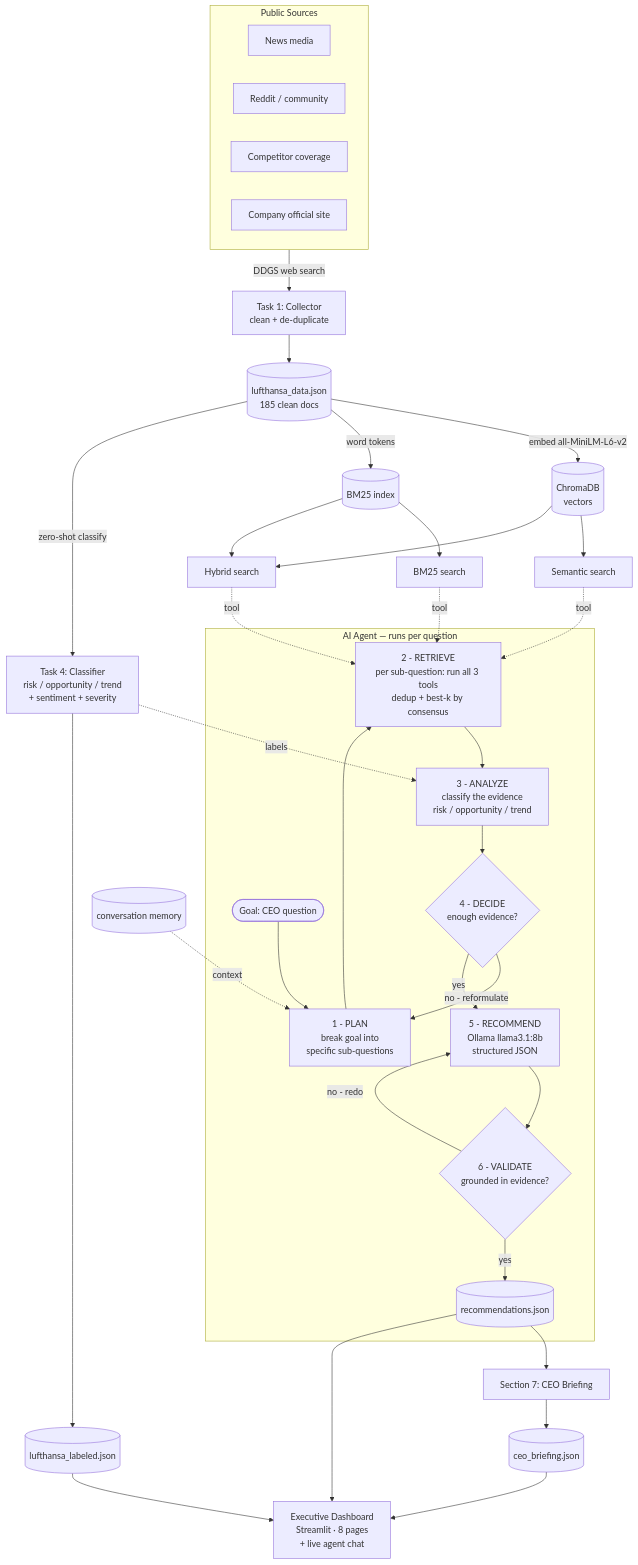
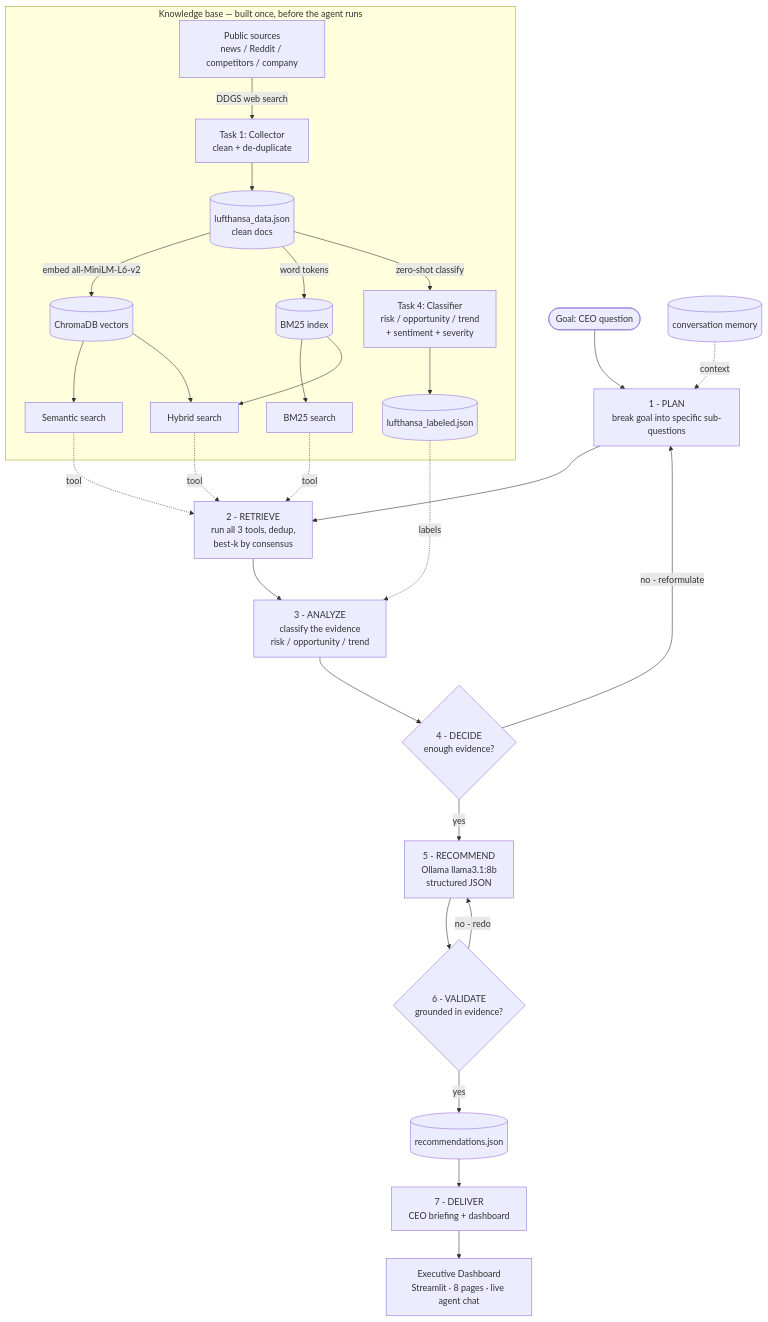
One commit to Nihalpujari/ML_Practice changed the first of 2 diagrams in NLP/NLP Exam/AI CEO Strategic Intelligence Agent/README.md. Above: the diagram before and after it, drawn with Mermaid.

````diff
--- a/NLP/NLP Exam/AI CEO Strategic Intelligence Agent/README.md
+++ b/NLP/NLP Exam/AI CEO Strategic Intelligence Agent/README.md
@@ -109,46 +109,36 @@
 ```mermaid
 flowchart TD
-    subgraph SOURCES[Public Sources]
-        N[News media]
-        R[Reddit / community]
-        CMP[Competitor coverage]
-        CO[Company official site]
+    %% ---- RUN TIME: the agent reads top-to-bottom, in order ----
+    GOAL([Goal: CEO question]) --> PLAN[1 - PLAN<br/>break goal into specific sub-questions]
+    PLAN --> RETR[2 - RETRIEVE<br/>run all 3 tools, dedup,<br/>best-k by consensus]
+    RETR --> ANALYZE[3 - ANALYZE<br/>classify the evidence<br/>risk / opportunity / trend]
+    ANALYZE --> DECIDE{4 - DECIDE<br/>enough evidence?}
+    DECIDE -->|no - reformulate| PLAN
+    DECIDE -->|yes| RECOMMEND[5 - RECOMMEND<br/>Ollama llama3.1:8b<br/>structured JSON]
+    RECOMMEND --> VALIDATE{6 - VALIDATE<br/>grounded in evidence?}
+    VALIDATE -->|no - redo| RECOMMEND
+    VALIDATE -->|yes| RECS[(recommendations.json)]
+    RECS --> BRIEF[7 - DELIVER<br/>CEO briefing + dashboard]
+    BRIEF --> DASH[Executive Dashboard<br/>Streamlit · 8 pages · live agent chat]
+
+    %% ---- BUILD TIME: knowledge base, built once BEFORE the agent runs ----
+    subgraph KB[Knowledge base — built once, before the agent runs]
+        SOURCES[Public sources<br/>news / Reddit / competitors / company] -->|DDGS web search| COLLECT[Task 1: Collector<br/>clean + de-duplicate]
+        COLLECT --> JSON[(lufthansa_data.json<br/>clean docs)]
+        JSON -->|embed all-MiniLM-L6-v2| CHROMA[(ChromaDB vectors)]
+        JSON -->|word tokens| BM25IDX[(BM25 index)]
+        JSON -->|zero-shot classify| INTEL[Task 4: Classifier<br/>risk / opportunity / trend<br/>+ sentiment + severity]
+        INTEL --> LABELED[(lufthansa_labeled.json)]
+        CHROMA --> SEM[Semantic search]
+        CHROMA --> HYB[Hybrid search]
+        BM25IDX --> BM[BM25 search]
+        BM25IDX --> HYB
     end
 
-    SOURCES -->|DDGS web search| COLLECT[Task 1: Collector<br/>clean + de-duplicate]
-    COLLECT --> JSON[(lufthansa_data.json<br/>185 clean docs)]
-
-    JSON -->|embed all-MiniLM-L6-v2| CHROMA[(ChromaDB<br/>vectors)]
-    JSON -->|word tokens| BM25IDX[(BM25 index)]
-    JSON -->|zero-shot classify| INTEL[Task 4: Classifier<br/>risk / opportunity / trend<br/>+ sentiment + severity]
-    INTEL --> LABELED[(lufthansa_labeled.json)]
-
-    CHROMA --> SEM[Semantic search]
-    BM25IDX --> BM[BM25 search]
-    CHROMA --> HYB[Hybrid search]
-    BM25IDX --> HYB
-
-    subgraph AGENT[AI Agent — runs per question]
-        GOAL([Goal: CEO question]) --> PLAN[1 - PLAN<br/>break goal into<br/>specific sub-questions]
-        PLAN --> RETR[2 - RETRIEVE<br/>per sub-question: run all 3 tools<br/>dedup + best-k by consensus]
-        RETR --> ANALYZE[3 - ANALYZE<br/>classify the evidence<br/>risk / opportunity / trend]
-        ANALYZE --> DECIDE{4 - DECIDE<br/>enough evidence?}
-        DECIDE -->|no - reformulate| PLAN
-        DECIDE -->|yes| RECOMMEND[5 - RECOMMEND<br/>Ollama llama3.1:8b<br/>structured JSON]
-        RECOMMEND --> VALIDATE{6 - VALIDATE<br/>grounded in evidence?}
-        VALIDATE -->|no - redo| RECOMMEND
-        VALIDATE -->|yes| RECS[(recommendations.json)]
-    end
-
+    %% ---- the build feeds the agent: 3 retrieval tools + labels + memory ----
     SEM -. tool .-> RETR
     BM  -. tool .-> RETR
     HYB -. tool .-> RETR
-    INTEL -. labels .-> ANALYZE
+    LABELED -. labels .-> ANALYZE
     MEM[(conversation memory)] -. context .-> PLAN
-
-    RECS --> BRIEF[Section 7: CEO Briefing]
-    BRIEF --> CB[(ceo_briefing.json)]
-    LABELED --> DASH[Executive Dashboard<br/>Streamlit · 8 pages<br/>+ live agent chat]
-    RECS --> DASH
-    CB --> DASH
 ```
````
